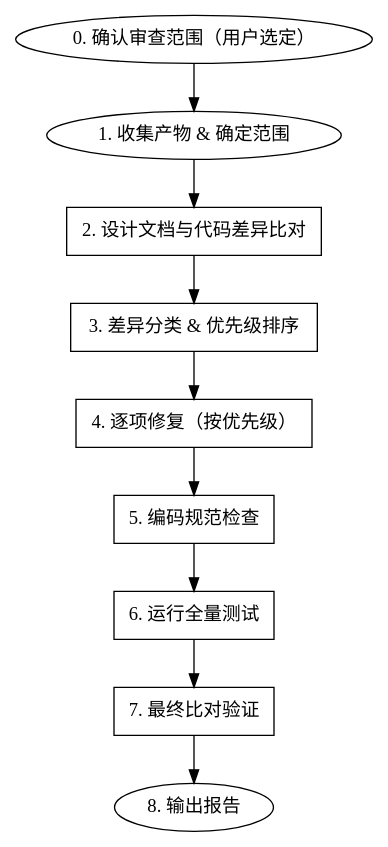
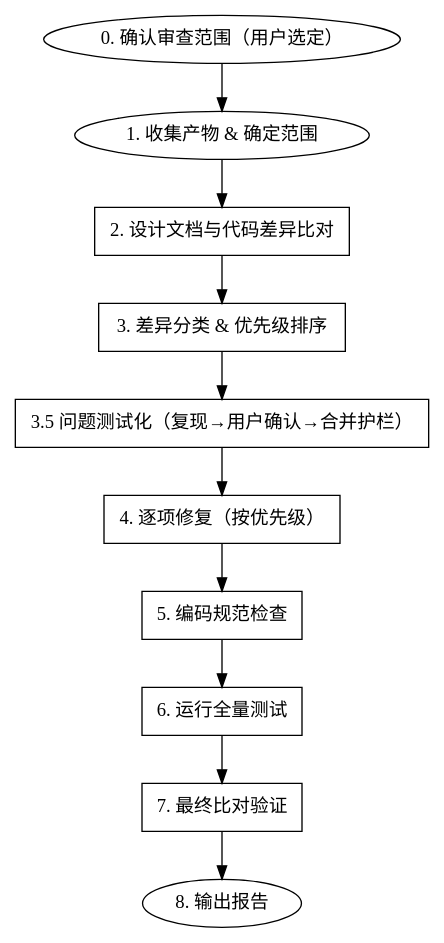
Before and after one commit to yucejade/ashhyc: the diagram in skills/code-review/SKILL.md, drawn with Graphviz. The commit also changed other lines of this file, not shown here.

First line of the commit message:
feat(code-review): 新增第3.5步「问题测试化」环节

````diff
--- a/skills/code-review/SKILL.md
+++ b/skills/code-review/SKILL.md
@@ -42,25 +42,27 @@
 ```dot
 digraph code_review {
     rankdir=TB;
     node [shape=box];
 
     scope [label="0. 确认审查范围（用户选定）" shape=oval];
     start [label="1. 收集产物 & 确定范围" shape=oval];
     compare [label="2. 设计文档与代码差异比对"];
     classify [label="3. 差异分类 & 优先级排序"];
+    repro [label="3.5 问题测试化（复现→用户确认→合并护栏）"];
     fix [label="4. 逐项修复（按优先级）"];
     lint [label="5. 编码规范检查"];
     test [label="6. 运行全量测试"];
     recheck [label="7. 最终比对验证"];
     report [label="8. 输出报告" shape=oval];
 
     scope -> start;
     start -> compare;
     compare -> classify;
-    classify -> fix;
+    classify -> repro;
+    repro -> fix;
     fix -> lint;
     lint -> test;
     test -> recheck;
     recheck -> report;
 }
 ```
````
